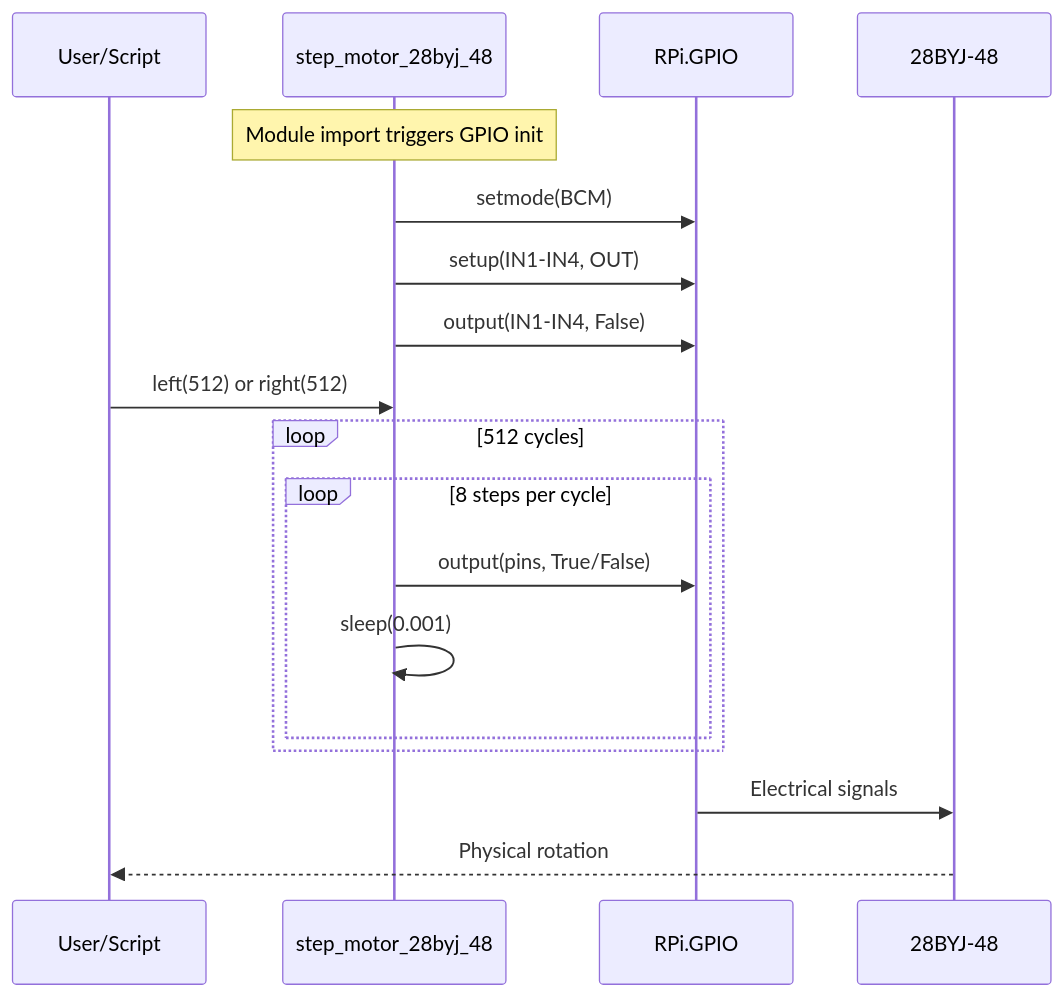
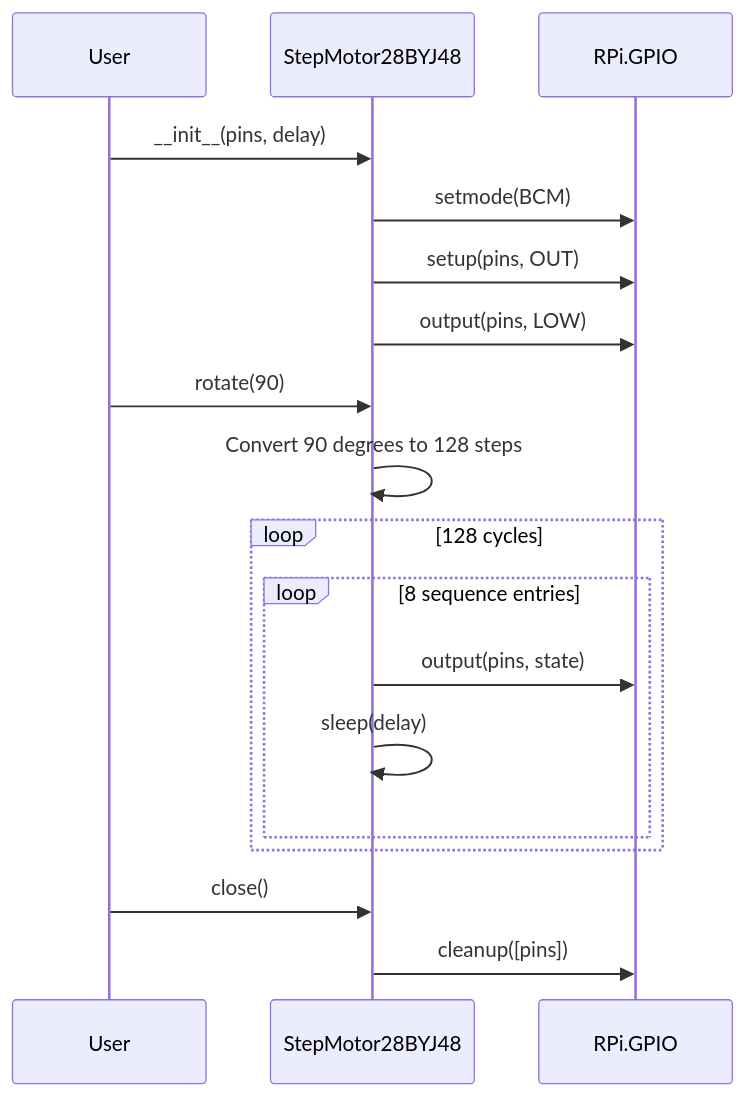
Before and after one commit to frankenwino/step_motor_28byj_48: the third of 3 diagrams in .agents/summary/architecture.md, drawn with Mermaid. The commit also changed other lines of this file and 8 other files, not shown here.

First line of the commit message:
Refactor step_motor_28byj_48 documentation and code structure

````diff
--- a/.agents/summary/architecture.md
+++ b/.agents/summary/architecture.md
@@ -35,22 +57,23 @@
 ```mermaid
 sequenceDiagram
-    participant User as User/Script
-    participant Module as step_motor_28byj_48
+    participant User
+    participant Motor as StepMotor28BYJ48
     participant GPIO as RPi.GPIO
-    participant Motor as 28BYJ-48
 
-    Note over Module: Module import triggers GPIO init
-    Module->>GPIO: setmode(BCM)
-    Module->>GPIO: setup(IN1-IN4, OUT)
-    Module->>GPIO: output(IN1-IN4, False)
+    User->>Motor: __init__(pins, delay)
+    Motor->>GPIO: setmode(BCM)
+    Motor->>GPIO: setup(pins, OUT)
+    Motor->>GPIO: output(pins, LOW)
 
-    User->>Module: left(512) or right(512)
-    loop 512 cycles
-        loop 8 steps per cycle
-            Module->>GPIO: output(pins, True/False)
-            Module->>Module: sleep(0.001)
+    User->>Motor: rotate(90)
+    Motor->>Motor: Convert 90 degrees to 128 steps
+    loop 128 cycles
+        loop 8 sequence entries
+            Motor->>GPIO: output(pins, state)
+            Motor->>Motor: sleep(delay)
         end
     end
-    GPIO->>Motor: Electrical signals
-    Motor-->>User: Physical rotation
+
+    User->>Motor: close()
+    Motor->>GPIO: cleanup([pins])
 ```
````
